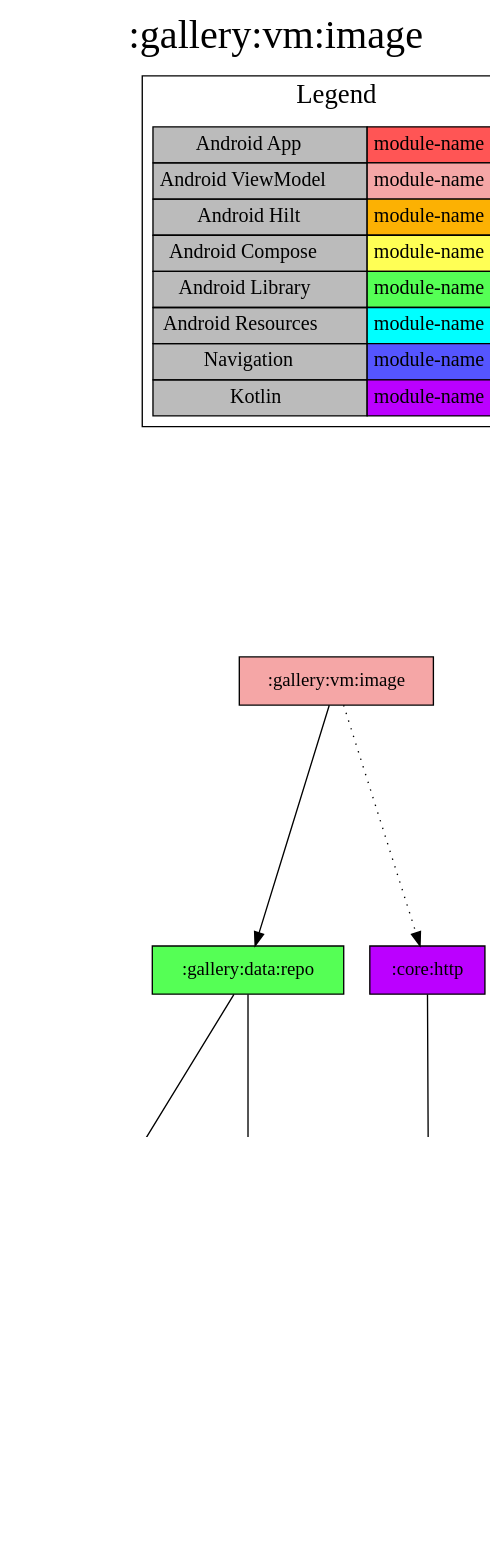
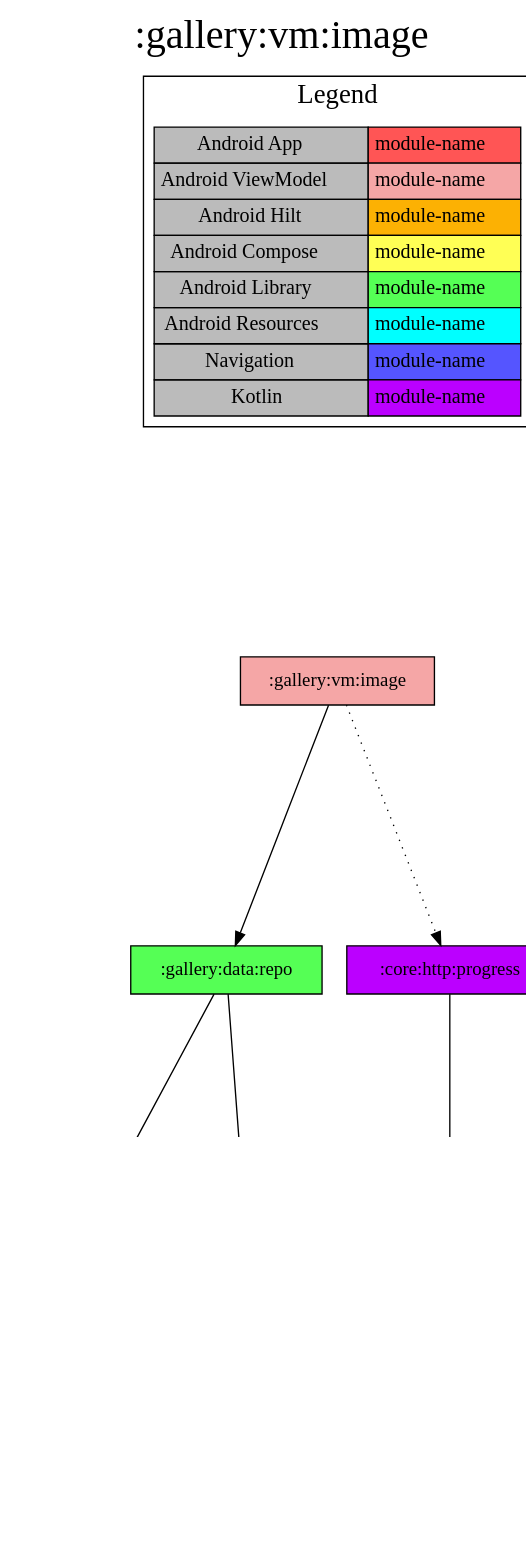
The diagram in modules/gallery/vm/image/project-dependency-graph.dot (jonapoul/nasa-android), drawn with Graphviz before and after one commit. The commit also changed 85 other files, not shown here.

```diff
--- a/modules/gallery/vm/image/project-dependency-graph.dot
+++ b/modules/gallery/vm/image/project-dependency-graph.dot
@@ -1,39 +1,39 @@
 digraph {
 edge ["dir"="forward"]
 graph ["dpi"="100","label"=":gallery:vm:image","labelloc"="t","fontsize"="30","ranksep"="2.5","rankdir"="TB"]
 node ["style"="filled"]
 ":gallery:vm:image" ["fillcolor"="#F5A6A6","shape"="box"]
 ":gallery:data:repo" ["fillcolor"="#55FF55","shape"="box"]
 ":db:gallery" ["fillcolor"="#BB00FF","shape"="box"]
 ":gallery:model" ["fillcolor"="#BB00FF","shape"="box"]
 ":gallery:data:api" ["fillcolor"="#BB00FF","shape"="box"]
-":core:http" ["fillcolor"="#BB00FF","shape"="box"]
+":core:http:progress" ["fillcolor"="#BB00FF","shape"="box"]
 ":core:model" ["fillcolor"="#BB00FF","shape"="box"]
 {
 edge ["dir"="none"]
 graph ["rank"="same"]
 }
 ":gallery:vm:image" -> ":gallery:data:repo"
-":gallery:vm:image" -> ":core:http" ["style"="dotted"]
+":gallery:vm:image" -> ":core:http:progress" ["style"="dotted"]
 ":gallery:data:repo" -> ":db:gallery"
 ":gallery:data:repo" -> ":gallery:data:api"
 ":db:gallery" -> ":gallery:model"
 ":gallery:data:api" -> ":gallery:model"
-":core:http" -> ":core:model"
+":core:http:progress" -> ":core:model"
 subgraph "cluster_legend" {
 edge ["dir"="none"]
 graph ["label"="Legend","fontsize"="20"]
 "Legend" ["style"="filled","fillcolor"="#bbbbbb","shape"="none","margin"="0","fontsize"="15","label"=<
 <TABLE BORDER="0" CELLBORDER="1" CELLSPACING="0" CELLPADDING="4">
 <TR><TD>Android App</TD><TD BGCOLOR="#FF5555">module-name</TD></TR>
 <TR><TD>Android ViewModel</TD><TD BGCOLOR="#F5A6A6">module-name</TD></TR>
 <TR><TD>Android Hilt</TD><TD BGCOLOR="#FCB103">module-name</TD></TR>
 <TR><TD>Android Compose</TD><TD BGCOLOR="#FFFF55">module-name</TD></TR>
 <TR><TD>Android Library</TD><TD BGCOLOR="#55FF55">module-name</TD></TR>
 <TR><TD>Android Resources</TD><TD BGCOLOR="#00FFFF">module-name</TD></TR>
 <TR><TD>Navigation</TD><TD BGCOLOR="#5555FF">module-name</TD></TR>
 <TR><TD>Kotlin</TD><TD BGCOLOR="#BB00FF">module-name</TD></TR>
 </TABLE>
 >]
 } -> ":gallery:vm:image" ["style"="invis"]
 }
```
